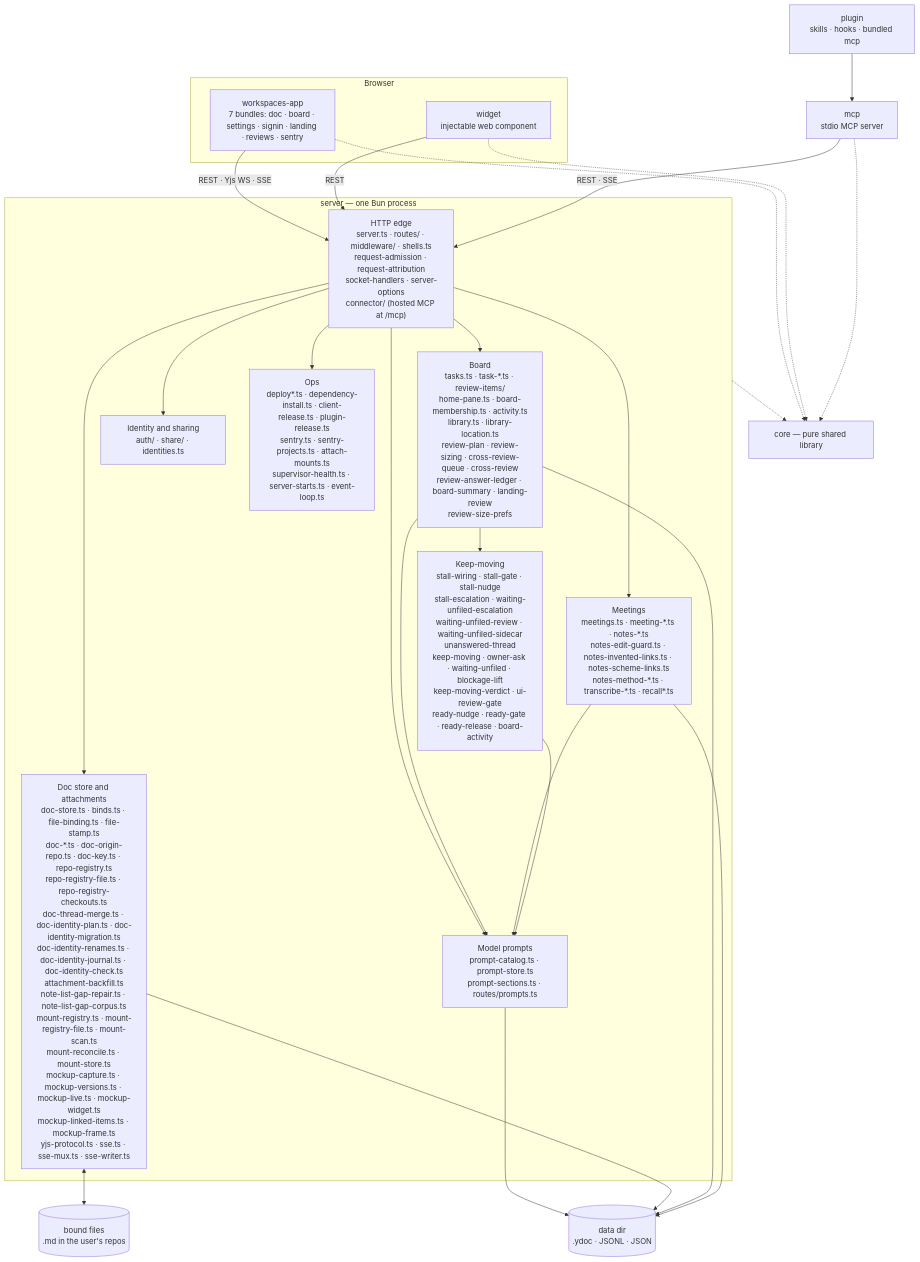
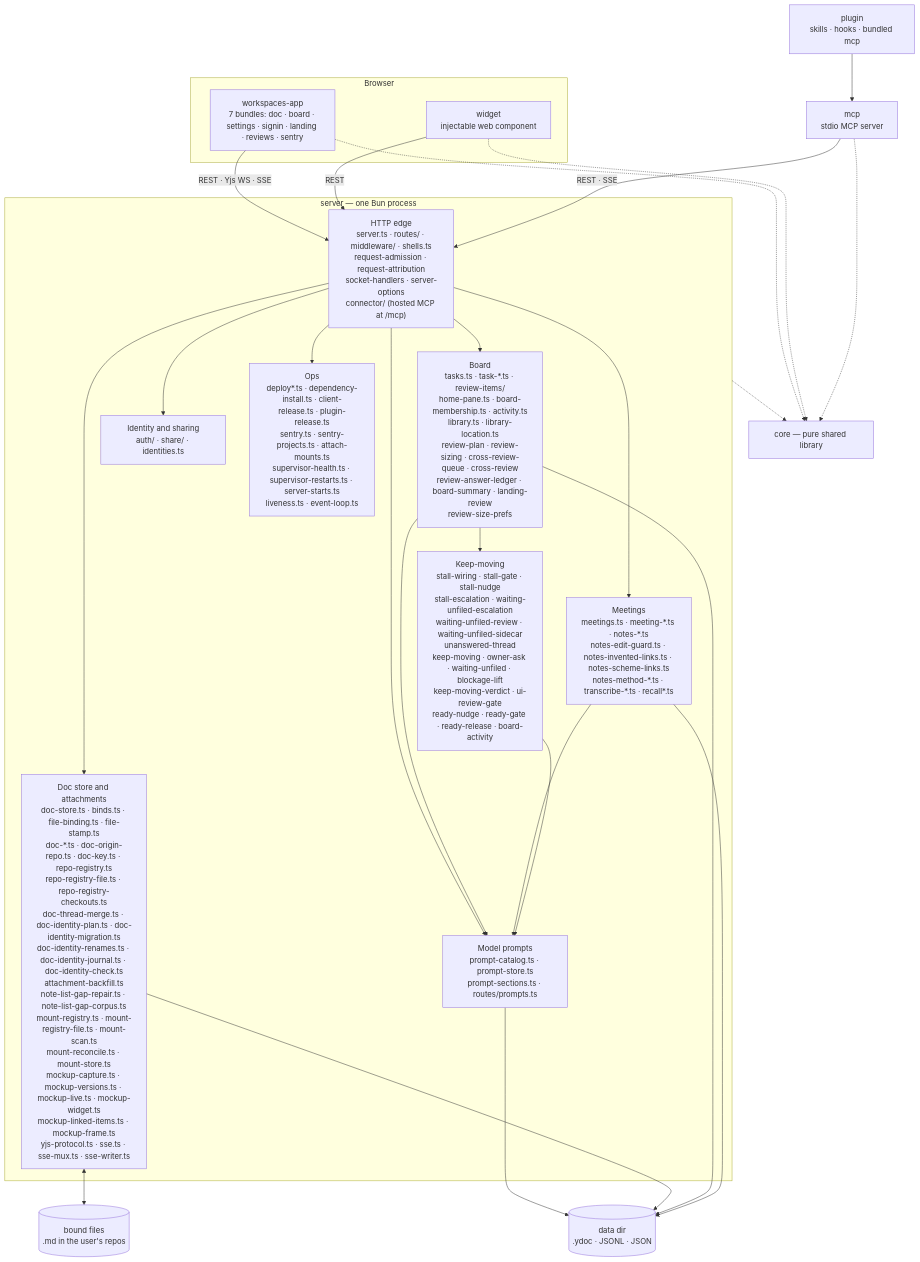
One commit to fryanpan/claude-workspaces-plugin changed the first of 2 diagrams in docs/architecture/overview.md. Above: the diagram before and after it, drawn with Mermaid. The commit also changed other lines of this file and 9 other files, not shown here.

````diff
--- a/docs/architecture/overview.md
+++ b/docs/architecture/overview.md
@@ -45,35 +45,35 @@
 ```mermaid
 flowchart TB
   subgraph browser[Browser]
     app["workspaces-app<br/>7 bundles: doc · board · settings · signin · landing · reviews · sentry"]
     wid["widget<br/>injectable web component"]
   end
   plug["plugin<br/>skills · hooks · bundled mcp"]
   mcp["mcp<br/>stdio MCP server"]
   subgraph srv["server — one Bun process"]
     edge["HTTP edge<br/>server.ts · routes/ · middleware/ · shells.ts<br/>request-admission · request-attribution<br/>socket-handlers · server-options<br/>connector/ (hosted MCP at /mcp)"]
     docs["Doc store and attachments<br/>doc-store.ts · binds.ts · file-binding.ts · file-stamp.ts<br/>doc-*.ts · doc-origin-repo.ts · doc-key.ts · repo-registry.ts<br/>repo-registry-file.ts · repo-registry-checkouts.ts<br/>doc-thread-merge.ts · doc-identity-plan.ts · doc-identity-migration.ts<br/>doc-identity-renames.ts · doc-identity-journal.ts · doc-identity-check.ts<br/>attachment-backfill.ts<br/>note-list-gap-repair.ts · note-list-gap-corpus.ts<br/>mount-registry.ts · mount-registry-file.ts · mount-scan.ts<br/>mount-reconcile.ts · mount-store.ts<br/>mockup-capture.ts · mockup-versions.ts · mockup-live.ts · mockup-widget.ts<br/>mockup-linked-items.ts · mockup-frame.ts<br/>yjs-protocol.ts · sse.ts · sse-mux.ts · sse-writer.ts"]
     board["Board<br/>tasks.ts · task-*.ts · review-items/<br/>home-pane.ts · board-membership.ts · activity.ts<br/>library.ts · library-location.ts<br/>review-plan · review-sizing · cross-review-queue · cross-review<br/>review-answer-ledger · board-summary · landing-review<br/>review-size-prefs"]
     meet["Meetings<br/>meetings.ts · meeting-*.ts · notes-*.ts<br/>notes-edit-guard.ts · notes-invented-links.ts · notes-scheme-links.ts<br/>notes-method-*.ts · transcribe-*.ts · recall*.ts"]
     keep["Keep-moving<br/>stall-wiring · stall-gate · stall-nudge<br/>stall-escalation · waiting-unfiled-escalation<br/>waiting-unfiled-review · waiting-unfiled-sidecar<br/>unanswered-thread<br/>keep-moving · owner-ask · waiting-unfiled · blockage-lift<br/>keep-moving-verdict · ui-review-gate<br/>ready-nudge · ready-gate · ready-release · board-activity"]
     ident["Identity and sharing<br/>auth/ · share/ · identities.ts"]
     prompts["Model prompts<br/>prompt-catalog.ts · prompt-store.ts<br/>prompt-sections.ts · routes/prompts.ts"]
-    ops["Ops<br/>deploy*.ts · dependency-install.ts · client-release.ts · plugin-release.ts<br/>sentry.ts · sentry-projects.ts · attach-mounts.ts<br/>supervisor-health.ts · server-starts.ts · event-loop.ts"]
+    ops["Ops<br/>deploy*.ts · dependency-install.ts · client-release.ts · plugin-release.ts<br/>sentry.ts · sentry-projects.ts · attach-mounts.ts<br/>supervisor-health.ts · supervisor-restarts.ts · server-starts.ts<br/>liveness.ts · event-loop.ts"]
   end
   core["core — pure shared library"]
   disk[("data dir<br/>.ydoc · JSONL · JSON")]
   files[("bound files<br/>.md in the user's repos")]
 
   app -->|"REST · Yjs WS · SSE"| edge
   wid -->|REST| edge
   plug --> mcp
   mcp -->|"REST · SSE"| edge
   edge --> docs & board & meet & ident & ops & prompts
   board & meet & keep --> prompts
   prompts --> disk
   board --> keep
   docs <--> files
   docs & board & meet --> disk
   app & wid & mcp -.-> core
   srv -.-> core
 ```
````
